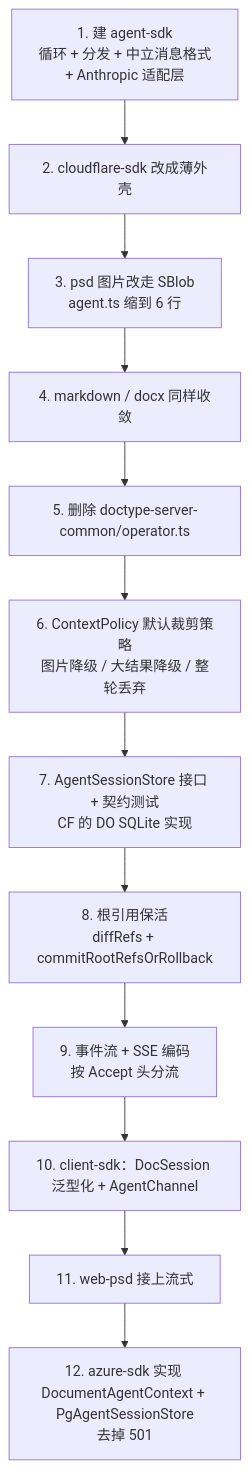
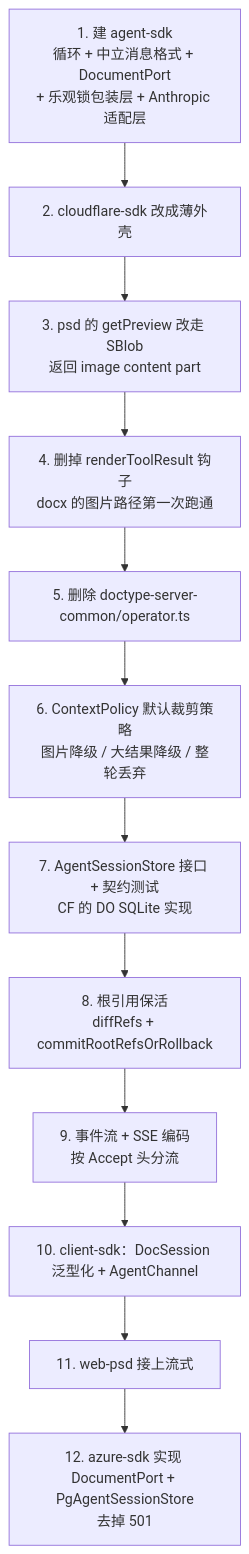
Diagram 14 of 14 in docs/superpowers/specs/2026-08-26-agent-sdk-design.md (shazhou-ww/unidocs), drawn with Mermaid before and after one commit. The commit also changed other lines of this file, not shown here.

First line of the commit message:
docs(agent-sdk): 工具分发退出内核范围,上边界沿用已有的 DocumentAgent

````diff
--- a/docs/superpowers/specs/2026-08-26-agent-sdk-design.md
+++ b/docs/superpowers/specs/2026-08-26-agent-sdk-design.md
@@ -1048,14 +1052,14 @@
 ```mermaid
 flowchart TB
-    S1["1. 建 agent-sdk<br/>循环 + 分发 + 中立消息格式<br/>+ Anthropic 适配层"] --> S2["2. cloudflare-sdk 改成薄外壳"]
-    S2 --> S3["3. psd 图片改走 SBlob<br/>agent.ts 缩到 6 行"]
-    S3 --> S4["4. markdown / docx 同样收敛"]
+    S1["1. 建 agent-sdk<br/>循环 + 中立消息格式 + DocumentPort<br/>+ 乐观锁包装层 + Anthropic 适配层"] --> S2["2. cloudflare-sdk 改成薄外壳"]
+    S2 --> S3["3. psd 的 getPreview 改走 SBlob<br/>返回 image content part"]
+    S3 --> S4["4. 删掉 renderToolResult 钩子<br/>docx 的图片路径第一次跑通"]
     S4 --> S5["5. 删除 doctype-server-common/operator.ts"]
     S5 --> S6["6. ContextPolicy 默认裁剪策略<br/>图片降级 / 大结果降级 / 整轮丢弃"]
     S6 --> S7["7. AgentSessionStore 接口 + 契约测试<br/>CF 的 DO SQLite 实现"]
     S7 --> S8["8. 根引用保活<br/>diffRefs + commitRootRefsOrRollback"]
     S8 --> S9["9. 事件流 + SSE 编码<br/>按 Accept 头分流"]
     S9 --> S10["10. client-sdk：DocSession 泛型化 + AgentChannel"]
     S10 --> S11["11. web-psd 接上流式"]
-    S11 --> S12["12. azure-sdk 实现 DocumentAgentContext + PgAgentSessionStore<br/>去掉 501"]
+    S11 --> S12["12. azure-sdk 实现 DocumentPort + PgAgentSessionStore<br/>去掉 501"]
 ```
````
